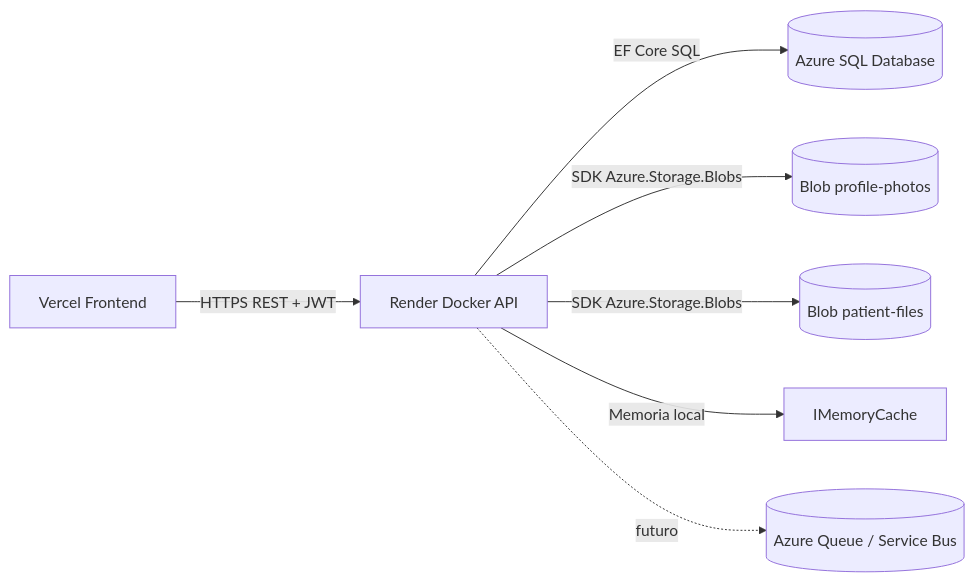
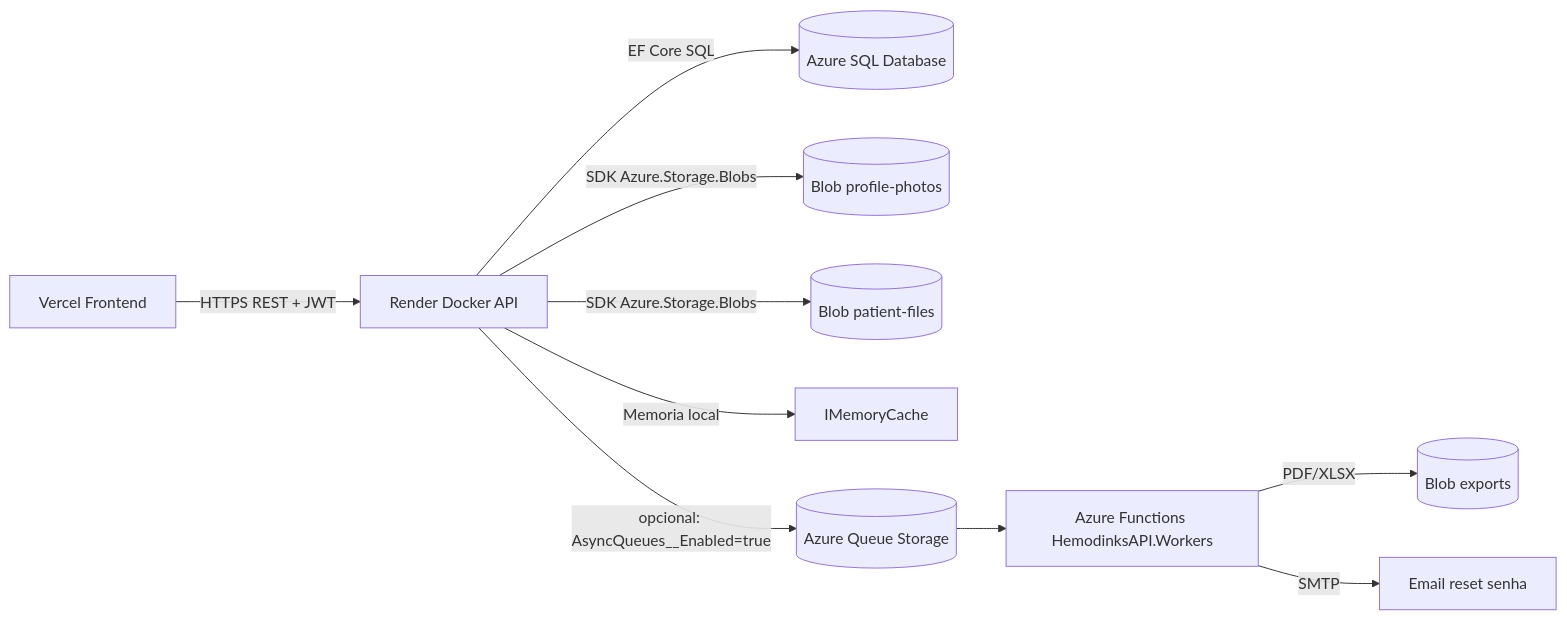
The eighth of 8 diagrams in docs/TECHNICAL_DOCUMENTATION.md (Hemodinks/hemodinks-api), drawn with Mermaid before and after one commit. The commit also changed other lines of this file and 34 other files, not shown here.

````diff
--- a/docs/TECHNICAL_DOCUMENTATION.md
+++ b/docs/TECHNICAL_DOCUMENTATION.md
@@ -233,9 +237,12 @@
 ```mermaid
 flowchart LR
     Front[Vercel Frontend] -->|HTTPS REST + JWT| API[Render Docker API]
     API -->|EF Core SQL| AzureSql[(Azure SQL Database)]
     API -->|SDK Azure.Storage.Blobs| Photos[(Blob profile-photos)]
     API -->|SDK Azure.Storage.Blobs| Files[(Blob patient-files)]
     API -->|Memoria local| CbhpmCache[IMemoryCache]
-    API -. futuro .-> Queue[(Azure Queue / Service Bus)]
+    API -->|opcional: AsyncQueues__Enabled=true| Queue[(Azure Queue Storage)]
+    Queue --> Functions[Azure Functions HemodinksAPI.Workers]
+    Functions -->|PDF/XLSX| ExportBlob[(Blob exports)]
+    Functions -->|SMTP| Email[Email reset senha]
 ```
````
